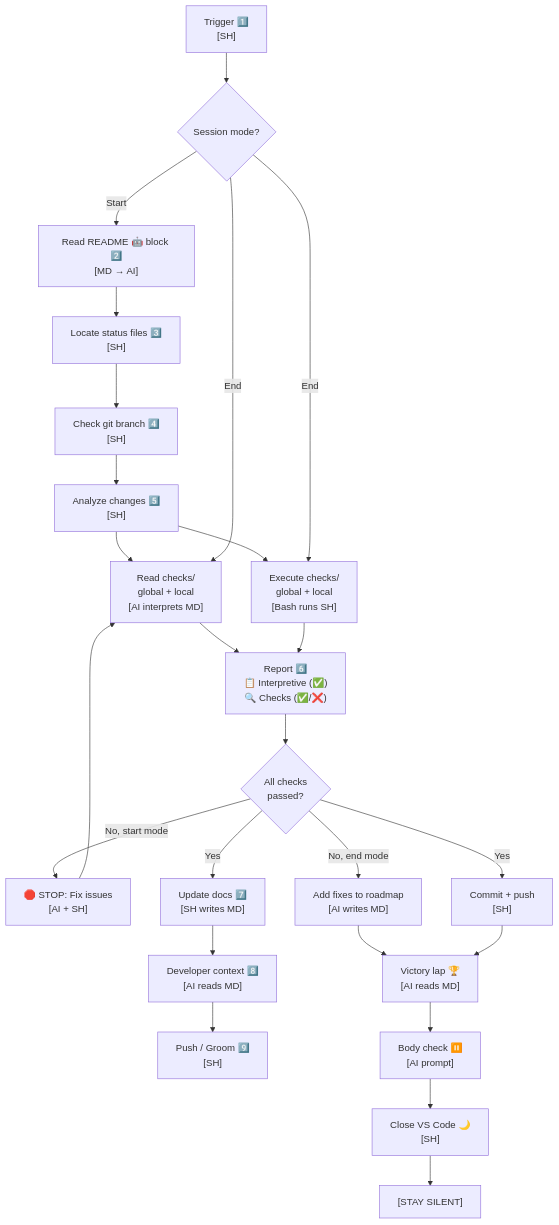
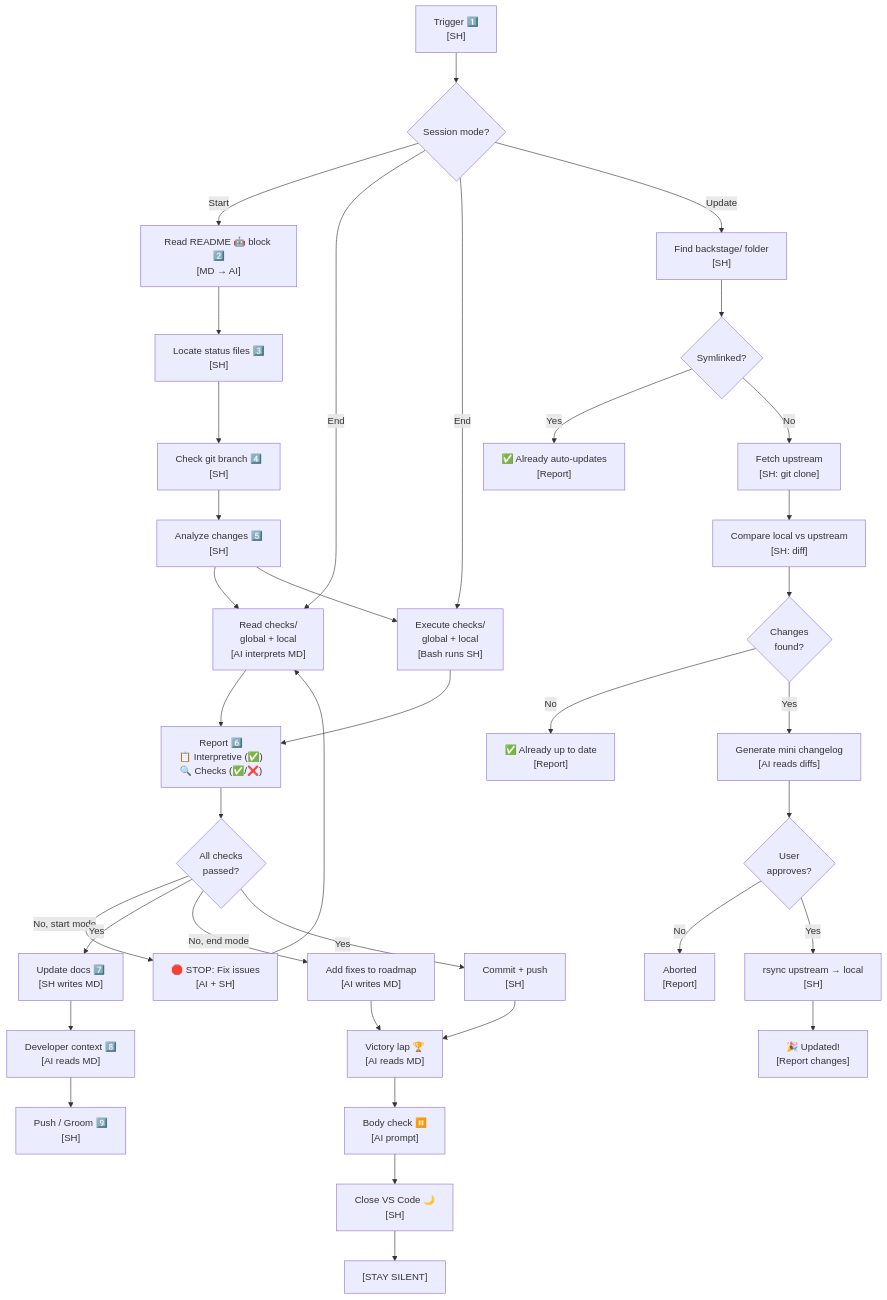
Before and after one commit to nonlinear/backstage: the fourth of 4 diagrams in skills/backstage/SKILL.md, drawn with Mermaid. The commit also changed other lines of this file, not shown here.

Commit message:
Add 'update backstage' branch to workflow diagram

````diff
--- a/skills/backstage/SKILL.md
+++ b/skills/backstage/SKILL.md
@@ -258,6 +258,20 @@
     END_CLOSE["Close VS Code 🌙<br/>[SH]"]
     END_SILENT["[STAY SILENT]"]
     
+    %% Update Backstage Branch
+    UPDATE_DETECT["Find backstage/ folder<br/>[SH]"]
+    UPDATE_CHECK_SYM{"Symlinked?"}
+    UPDATE_SKIP["✅ Already auto-updates<br/>[Report]"]
+    UPDATE_FETCH["Fetch upstream<br/>[SH: git clone]"]
+    UPDATE_DIFF["Compare local vs upstream<br/>[SH: diff]"]
+    UPDATE_UPTODATE{"Changes<br/>found?"}
+    UPDATE_UPTODATE_SKIP["✅ Already up to date<br/>[Report]"]
+    UPDATE_CHANGELOG["Generate mini changelog<br/>[AI reads diffs]"]
+    UPDATE_PROMPT{"User<br/>approves?"}
+    UPDATE_ABORT["Aborted<br/>[Report]"]
+    UPDATE_APPLY["rsync upstream → local<br/>[SH]"]
+    UPDATE_REPORT["🎉 Updated!<br/>[Report changes]"]
+    
     %% Flow
     START --> MODE
     
@@ -287,4 +301,17 @@
     END_VICTORY --> END_BODY
     END_BODY --> END_CLOSE
     END_CLOSE --> END_SILENT
+    
+    MODE -->|Update| UPDATE_DETECT
+    UPDATE_DETECT --> UPDATE_CHECK_SYM
+    UPDATE_CHECK_SYM -->|Yes| UPDATE_SKIP
+    UPDATE_CHECK_SYM -->|No| UPDATE_FETCH
+    UPDATE_FETCH --> UPDATE_DIFF
+    UPDATE_DIFF --> UPDATE_UPTODATE
+    UPDATE_UPTODATE -->|No| UPDATE_UPTODATE_SKIP
+    UPDATE_UPTODATE -->|Yes| UPDATE_CHANGELOG
+    UPDATE_CHANGELOG --> UPDATE_PROMPT
+    UPDATE_PROMPT -->|No| UPDATE_ABORT
+    UPDATE_PROMPT -->|Yes| UPDATE_APPLY
+    UPDATE_APPLY --> UPDATE_REPORT
 ```
````
